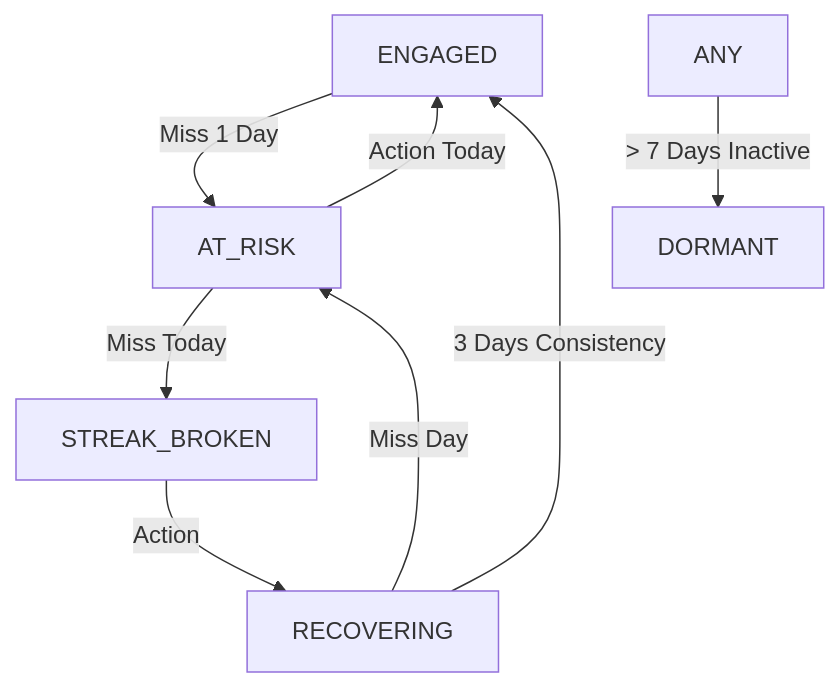
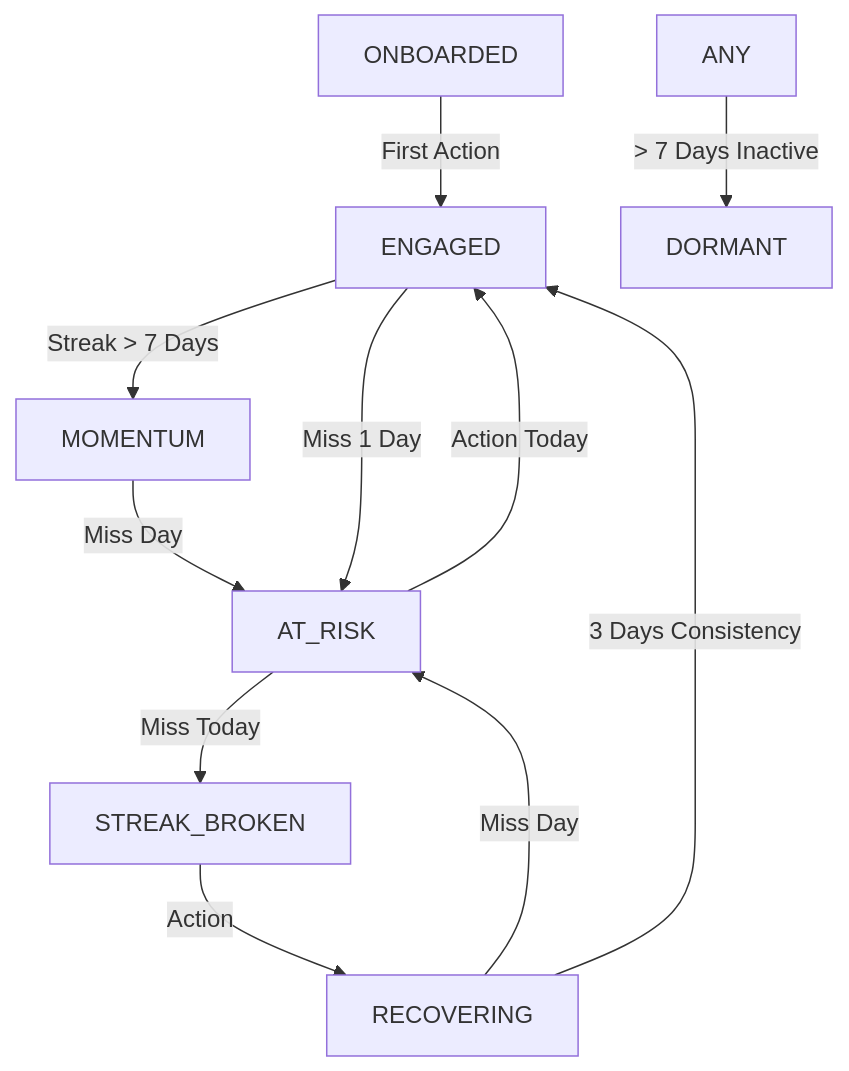
One commit to pandianss/IRON2 changed the diagram in docs/architecture/RETENTION_STATE_MACHINE.md. Above: the diagram before and after it, drawn with Mermaid. The commit also changed other lines of this file and 3 other files, not shown here.

````diff
--- a/docs/architecture/RETENTION_STATE_MACHINE.md
+++ b/docs/architecture/RETENTION_STATE_MACHINE.md
@@ -60,10 +73,13 @@
 ```mermaid
 graph TD
+    ONBOARDED -- First Action --> ENGAGED
+    ENGAGED -- Streak > 7 Days --> MOMENTUM
+    MOMENTUM -- Miss Day --> AT_RISK
     ENGAGED -- Miss 1 Day --> AT_RISK
     AT_RISK -- Action Today --> ENGAGED
     AT_RISK -- Miss Today --> STREAK_BROKEN
     STREAK_BROKEN -- Action --> RECOVERING
     RECOVERING -- 3 Days Consistency --> ENGAGED
     RECOVERING -- Miss Day --> AT_RISK
     ANY -- > 7 Days Inactive --> DORMANT
 ```
````
